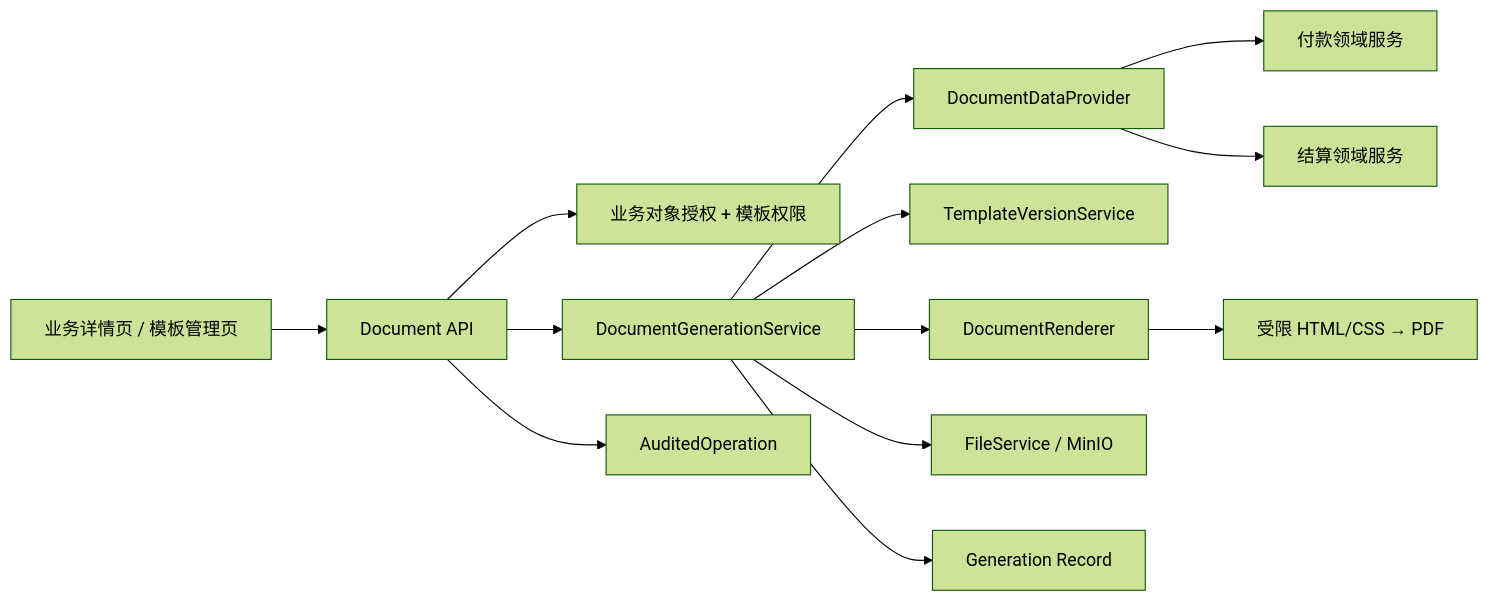
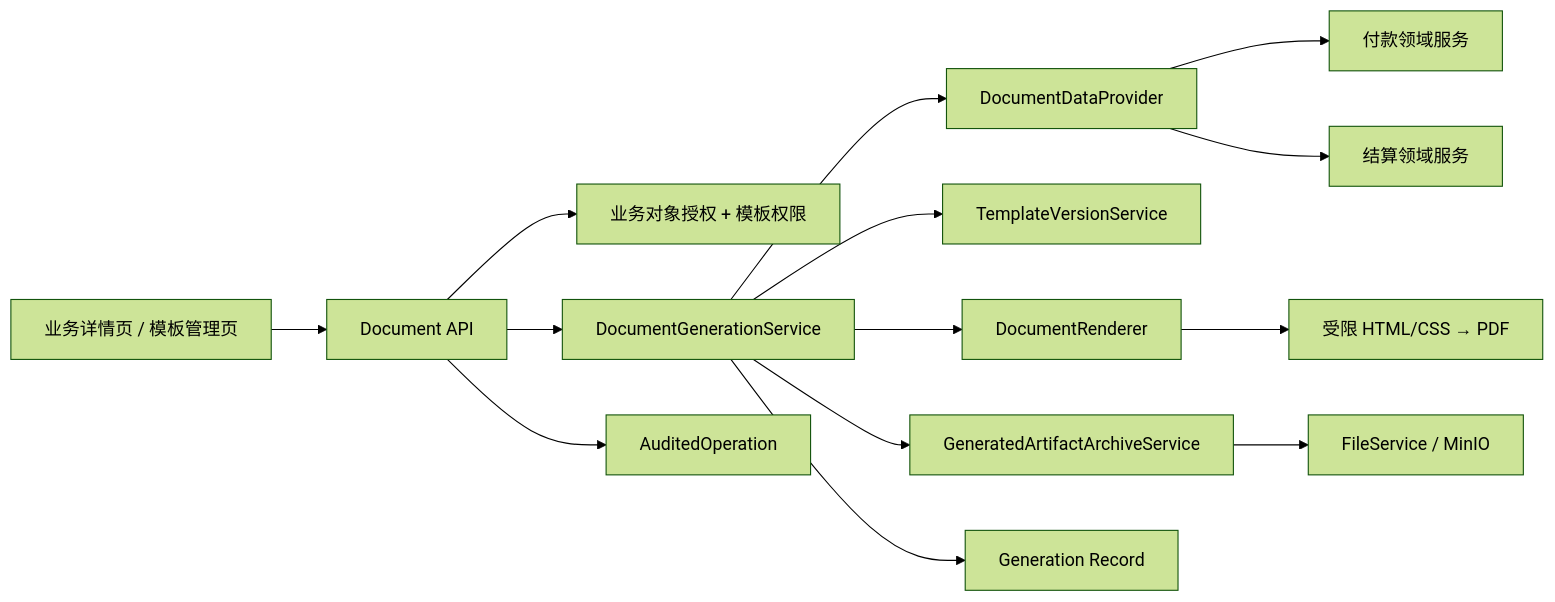
Before and after one commit to kismet84/cgc-pms: the first of 2 diagrams in docs/plans/第48条主线-业务单据模板与可审计PDF生成任务计划书.md, drawn with Mermaid (forest theme). The commit also changed other lines of this file and 108 other files, not shown here.

````diff
--- a/docs/plans/第48条主线-业务单据模板与可审计PDF生成任务计划书.md
+++ b/docs/plans/第48条主线-业务单据模板与可审计PDF生成任务计划书.md
@@ -128,15 +128,16 @@
 ```mermaid
 flowchart LR
     UI["业务详情页 / 模板管理页"] --> API["Document API"]
     API --> AUTH["业务对象授权 + 模板权限"]
     API --> ORCH["DocumentGenerationService"]
     ORCH --> PROVIDER["DocumentDataProvider"]
     PROVIDER --> PAYMENT["付款领域服务"]
     PROVIDER --> SETTLEMENT["结算领域服务"]
     ORCH --> TEMPLATE["TemplateVersionService"]
     ORCH --> RENDERER["DocumentRenderer"]
     RENDERER --> PDF["受限 HTML/CSS → PDF"]
-    ORCH --> FILE["FileService / MinIO"]
+    ORCH --> ARCHIVE["GeneratedArtifactArchiveService"]
+    ARCHIVE --> FILE["FileService / MinIO"]
     ORCH --> RECORD["Generation Record"]
     API --> AUDIT["AuditedOperation"]
 ```
````
